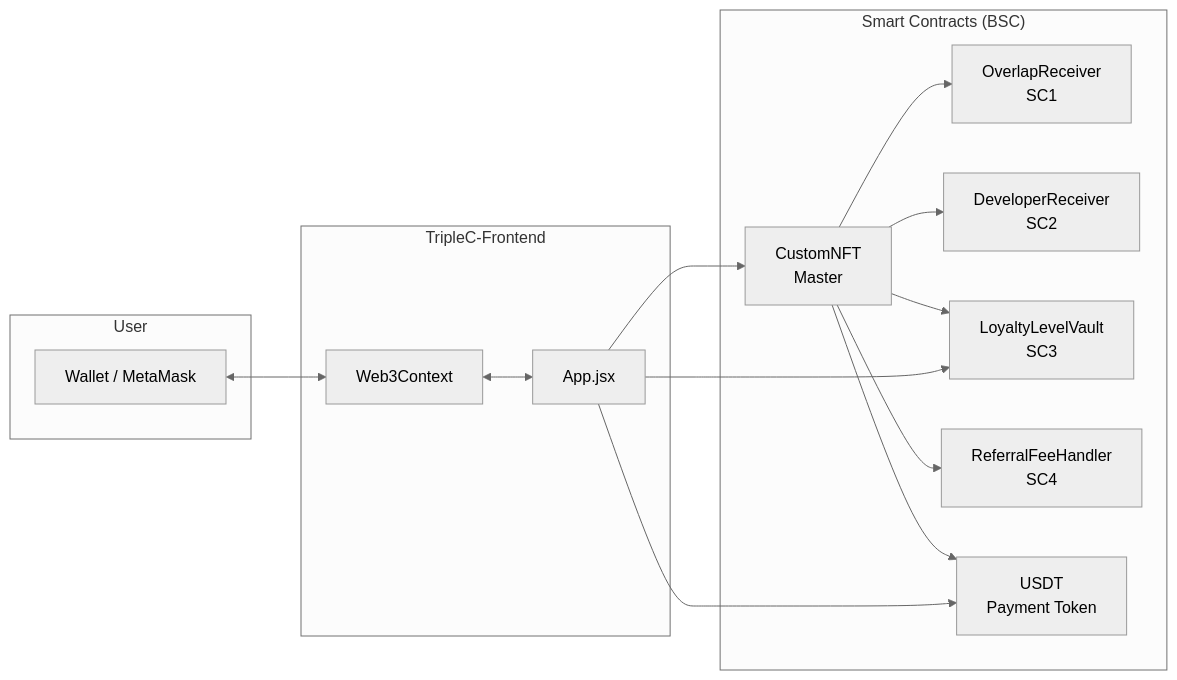
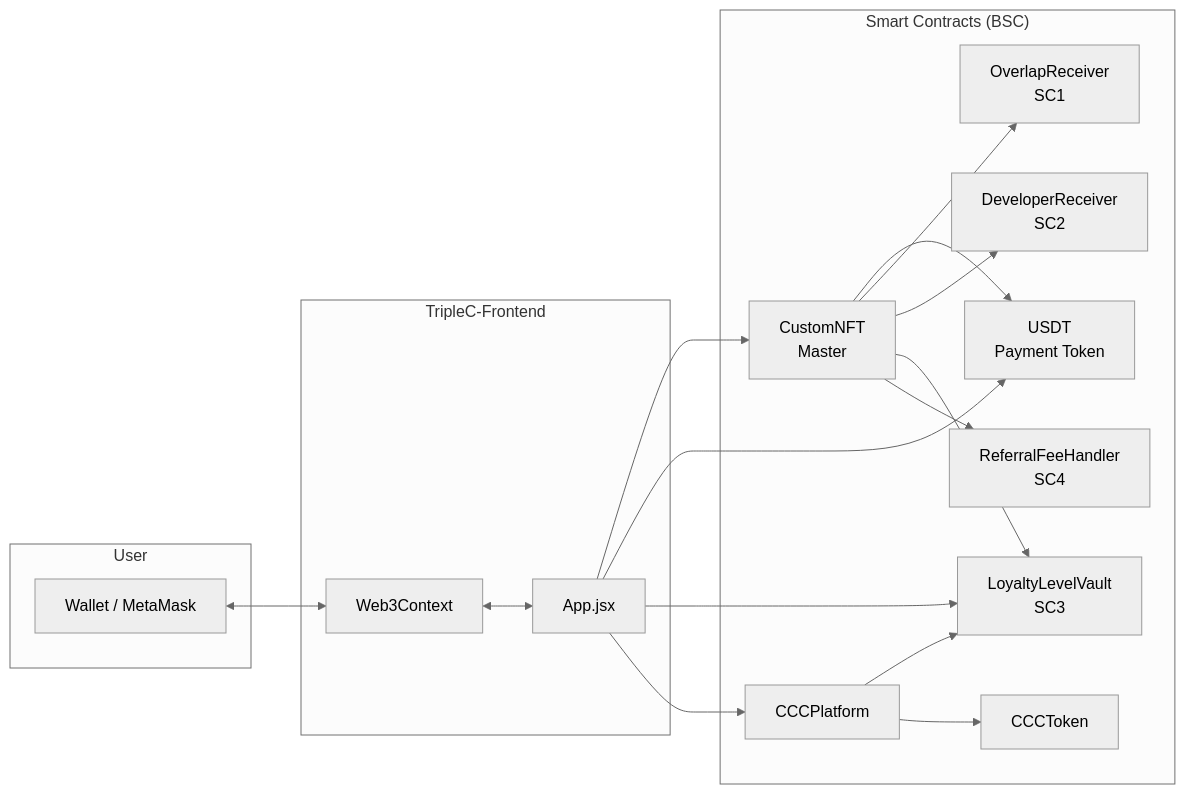
Before and after one commit to psdev0103/TripleC-Doc: the first of 5 diagrams in SYSTEM_DIAGRAM.md, drawn with Mermaid (neutral theme). The commit also changed other lines of this file and 8 other files, not shown here.

````diff
--- a/SYSTEM_DIAGRAM.md
+++ b/SYSTEM_DIAGRAM.md
@@ -9,28 +9,33 @@
 ```mermaid
 flowchart LR
   subgraph User
     Wallet[Wallet / MetaMask]
   end
   subgraph Frontend["TripleC-Frontend"]
     App[App.jsx]
     Web3[Web3Context]
   end
   subgraph Contracts["Smart Contracts (BSC)"]
     Master[CustomNFT\nMaster]
     SC1[OverlapReceiver\nSC1]
     SC2[DeveloperReceiver\nSC2]
     SC3[LoyaltyLevelVault\nSC3]
     SC4[ReferralFeeHandler\nSC4]
+    Plat[CCCPlatform]
+    CCC[CCCToken]
     USDT[USDT\nPayment Token]
   end
   Wallet <--> Web3
   Web3 <--> App
   App --> Master
   App --> USDT
   App --> SC3
   Master --> USDT
   Master --> SC1
   Master --> SC2
   Master --> SC3
   Master --> SC4
+  App --> Plat
+  Plat --> SC3
+  Plat --> CCC
 ```
````
